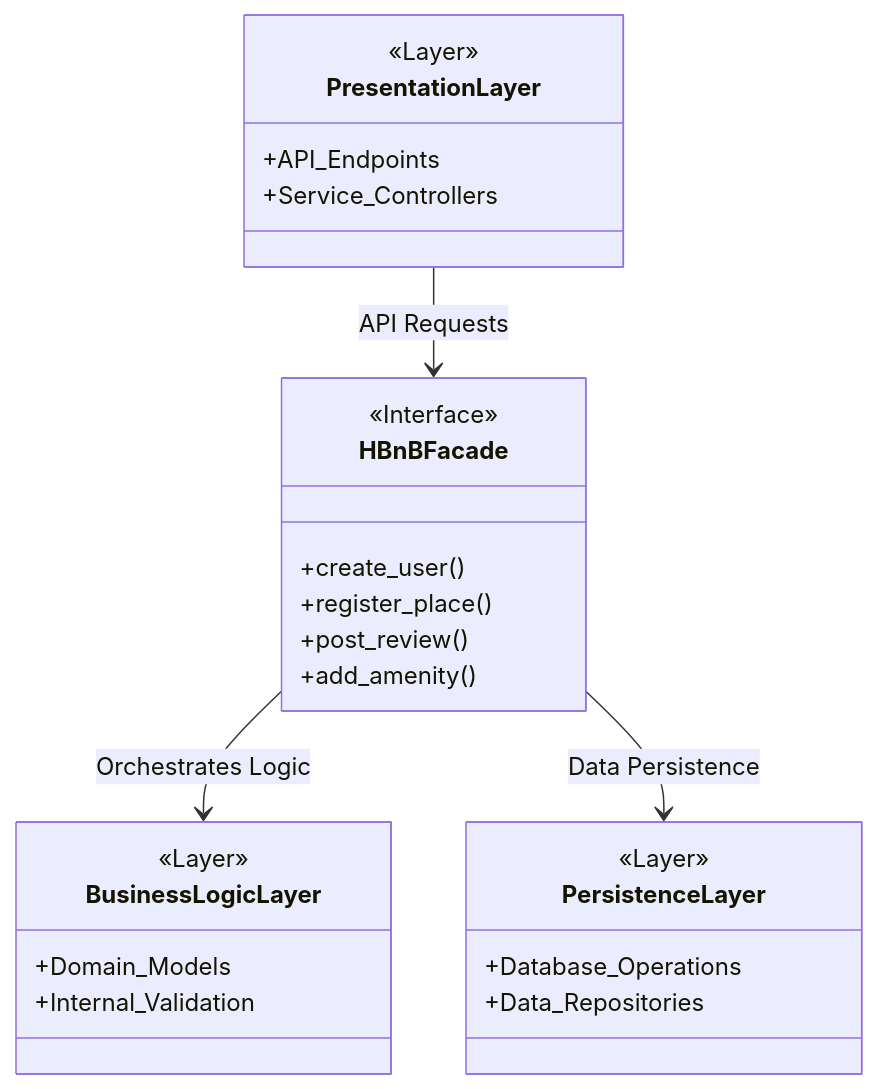
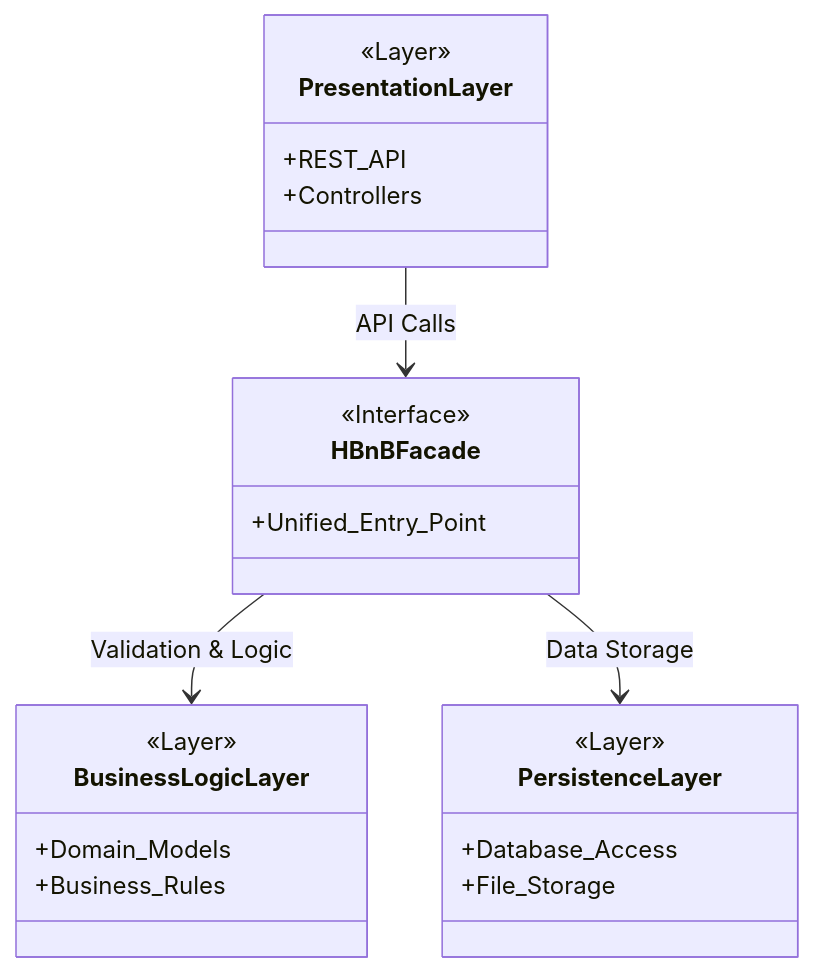
Before and after one commit to mammadovs/holbertonschool-hbnb: the first of 6 diagrams in part1/README.md, drawn with Mermaid. The commit also changed other lines of this file, not shown here.

````diff
--- a/part1/README.md
+++ b/part1/README.md
@@ -14,34 +17,31 @@
 ```mermaid
 classDiagram
     direction TB
 
     class PresentationLayer {
         <<Layer>>
-        +API_Endpoints
-        +Service_Controllers
+        +REST_API
+        +Controllers
     }
 
     class HBnBFacade {
         <<Interface>>
-        +create_user()
-        +register_place()
-        +post_review()
-        +add_amenity()
+        +Unified_Entry_Point
     }
 
     class BusinessLogicLayer {
         <<Layer>>
         +Domain_Models
-        +Internal_Validation
+        +Business_Rules
     }
 
     class PersistenceLayer {
         <<Layer>>
-        +Database_Operations
-        +Data_Repositories
+        +Database_Access
+        +File_Storage
     }
 
-    PresentationLayer --> HBnBFacade : API Requests
-    HBnBFacade --> BusinessLogicLayer : Orchestrates Logic
-    HBnBFacade --> PersistenceLayer : Data Persistence
+    PresentationLayer --> HBnBFacade : API Calls
+    HBnBFacade --> BusinessLogicLayer : Validation & Logic
+    HBnBFacade --> PersistenceLayer : Data Storage
 ```
````
